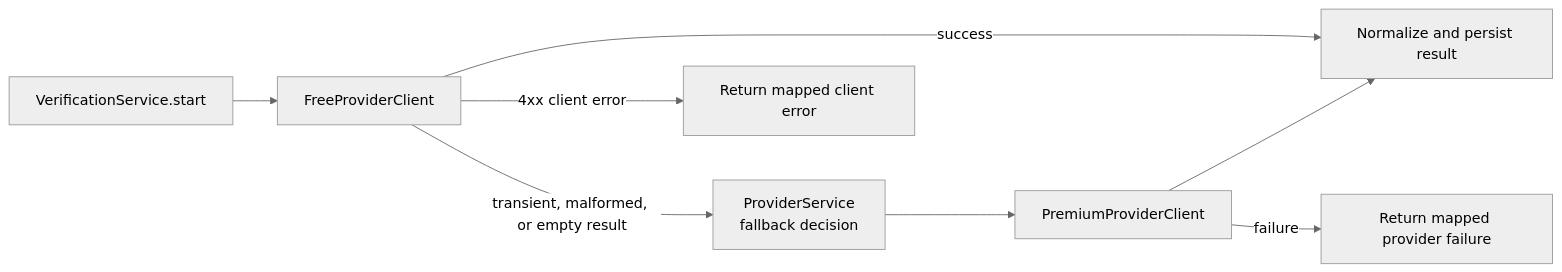
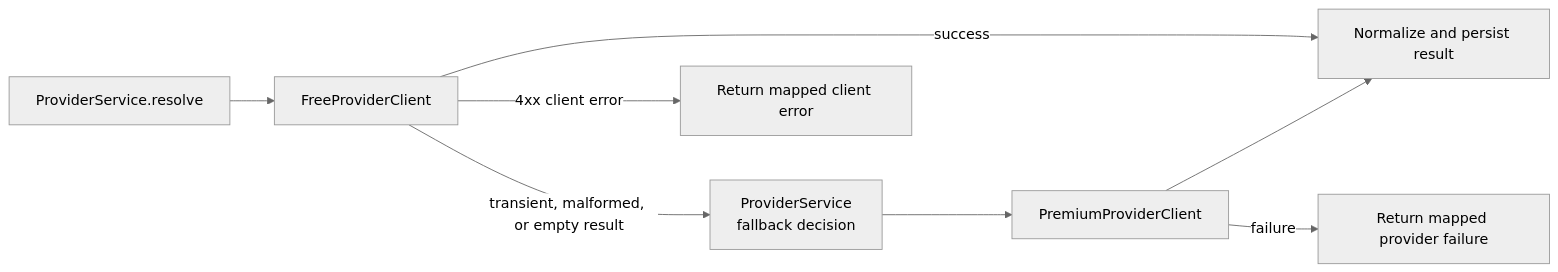
Before and after one commit to migangdelzar/company-check-workspace: the second of 4 diagrams in docs/architecture/resilience.md, drawn with Mermaid (neutral theme). The commit also changed other lines of this file and 6 other files, not shown here.

Commit message:
docs: refresh layered architecture diagrams

````diff
--- a/docs/architecture/resilience.md
+++ b/docs/architecture/resilience.md
@@ -54,10 +54,10 @@
 ```mermaid
 flowchart LR
-  Request[VerificationService.start] --> Free[FreeProviderClient]
+  Request[ProviderService.resolve] --> Free[FreeProviderClient]
   Free -->|success| Result[Normalize and persist result]
   Free -->|transient, malformed, or empty result| Fallback[ProviderService\nfallback decision]
   Fallback --> Premium[PremiumProviderClient]
   Premium --> Result
   Free -->|4xx client error| Error[Return mapped client error]
   Premium -->|failure| Error2[Return mapped provider failure]
 ```
````
